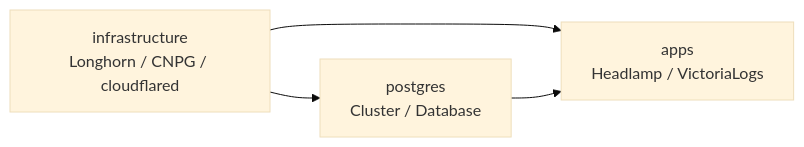
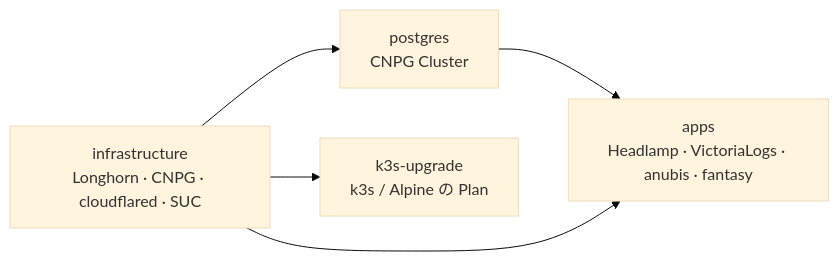
The second of 3 diagrams in README.md (tsuji-riya/lab), drawn with Mermaid (base theme) before and after one commit. The commit also changed other lines of this file, not shown here.

````diff
--- a/README.md
+++ b/README.md
@@ -226,6 +72,10 @@
 ```mermaid
 flowchart LR
-    a["infrastructure<br/>Longhorn / CNPG / cloudflared"] --> b["postgres<br/>Cluster / Database"]
-    a --> c["apps<br/>Headlamp / VictoriaLogs"]
-    b --> c
+    infra["infrastructure<br/>Longhorn · CNPG · cloudflared · SUC"]
+    pg["postgres<br/>CNPG Cluster"]
+    apps["apps<br/>Headlamp · VictoriaLogs · anubis · fantasy"]
+    up["k3s-upgrade<br/>k3s / Alpine の Plan"]
+    infra --> pg --> apps
+    infra --> apps
+    infra --> up
 ```
````
